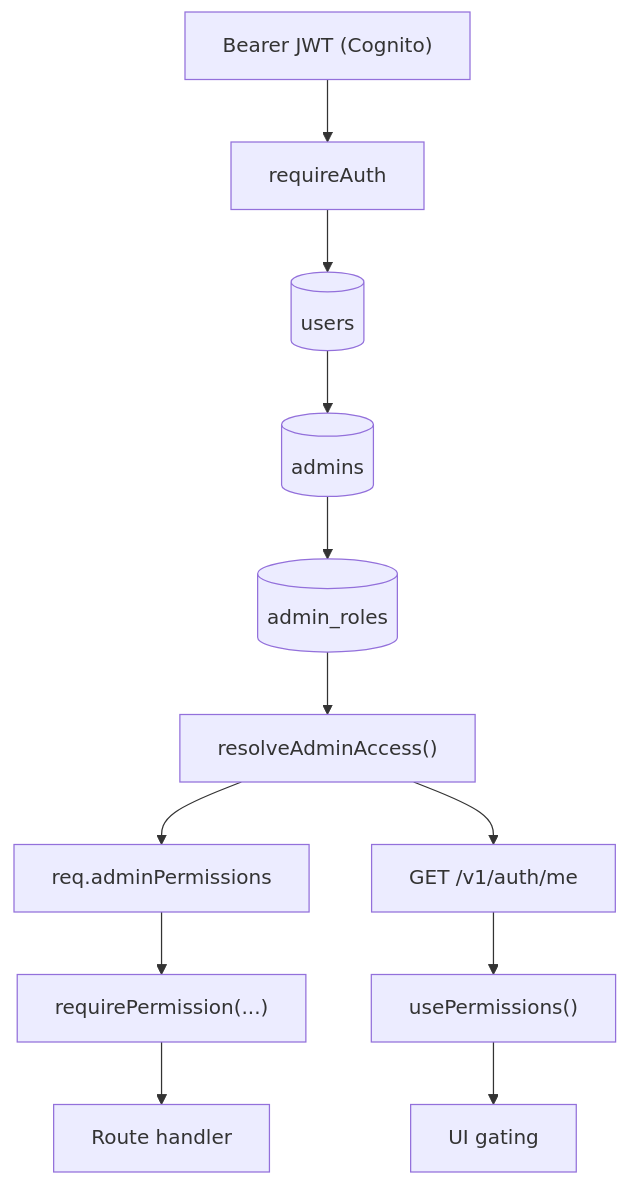
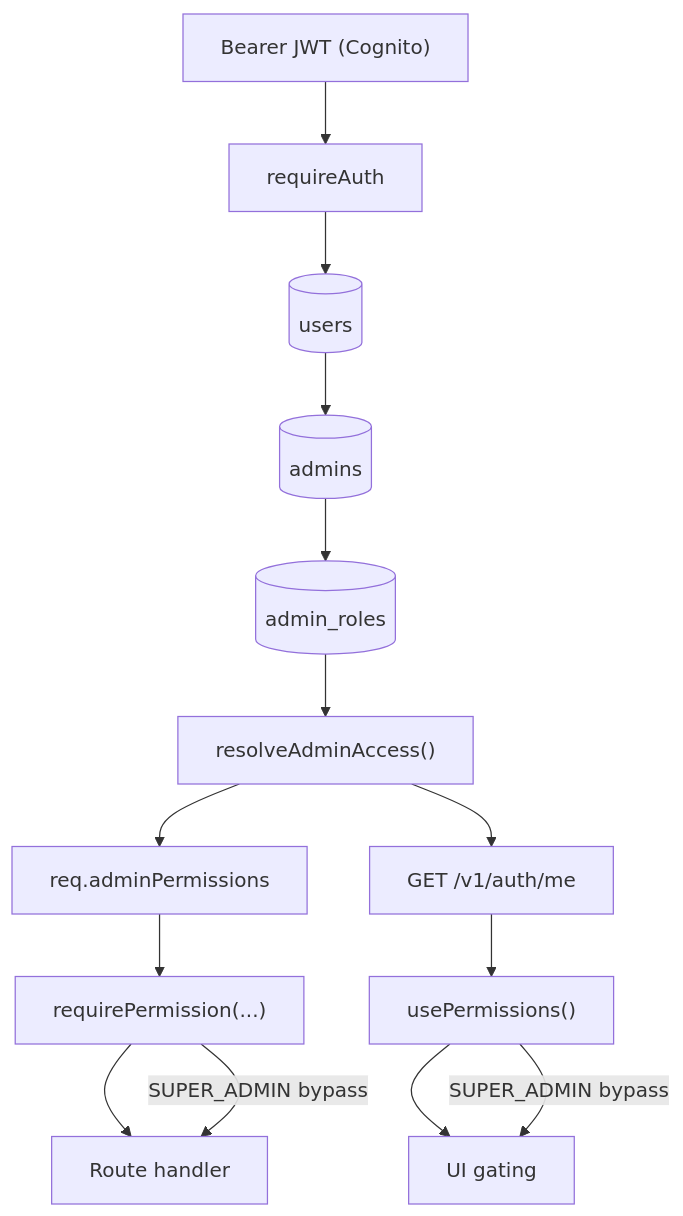
Before and after one commit to Malcan-Technologies/shoraka: the diagram in docs/guides/rbac.md, drawn with Mermaid. The commit also changed other lines of this file and 2 other files, not shown here.

````diff
--- a/docs/guides/rbac.md
+++ b/docs/guides/rbac.md
@@ -12,14 +536,16 @@
 ```mermaid
 flowchart TD
   Bearer["Bearer JWT (Cognito)"] --> RequireAuth[requireAuth]
   RequireAuth --> UserRow[(users)]
   UserRow --> AdminRow[(admins)]
   AdminRow --> Catalog[(admin_roles)]
   Catalog --> Resolve["resolveAdminAccess()"]
   Resolve --> ReqState["req.adminPermissions"]
   ReqState --> Middleware["requirePermission(...)"]
   Middleware --> Route[Route handler]
   Resolve --> Me["GET /v1/auth/me"]
   Me --> Hook["usePermissions()"]
   Hook --> UiGate["UI gating"]
+  Middleware -->|"SUPER_ADMIN bypass"| Route
+  Hook -->|"SUPER_ADMIN bypass"| UiGate
 ```
````
